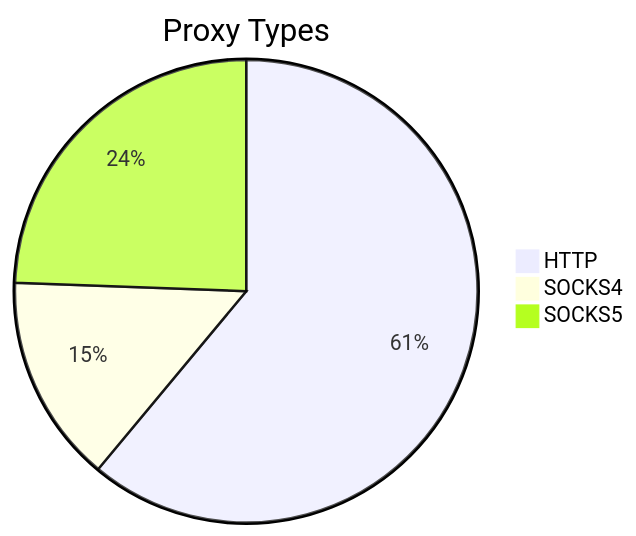
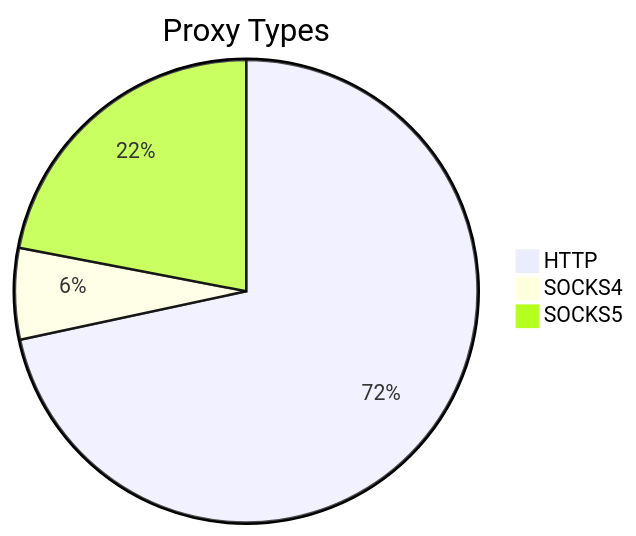
The first of 2 diagrams in README.md (stormsia/proxy-list), drawn with Mermaid before and after one commit. The commit also changed other lines of this file, not shown here.

````diff
--- a/README.md
+++ b/README.md
@@ -21,6 +21,6 @@
 ```mermaid
 pie title Proxy Types
-    "HTTP" : 315
-    "SOCKS4" : 75
-    "SOCKS5" : 126
+    "HTTP" : 303
+    "SOCKS4" : 27
+    "SOCKS5" : 93
 ```
````
